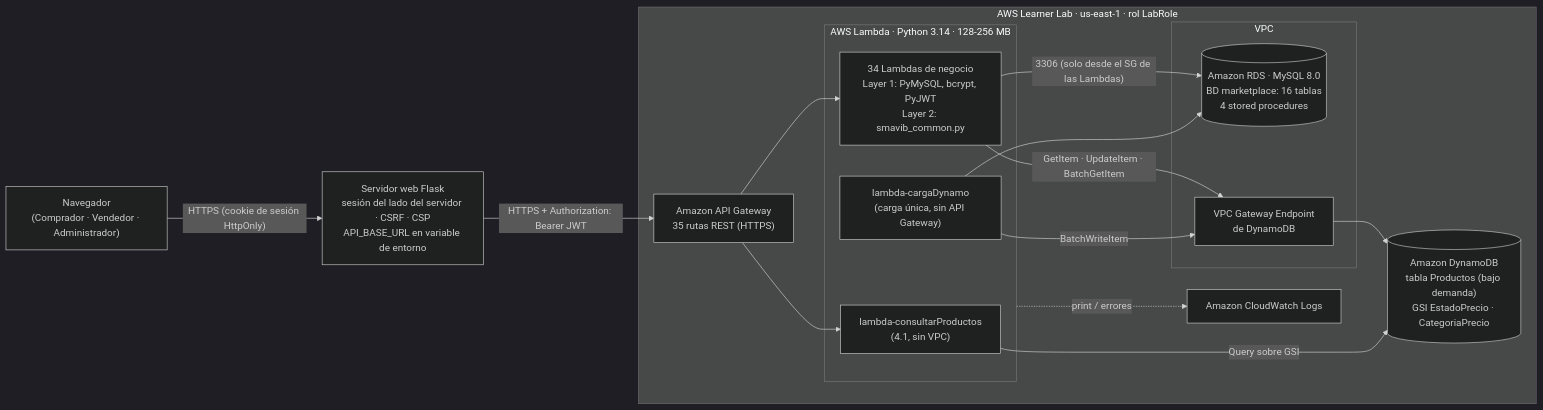
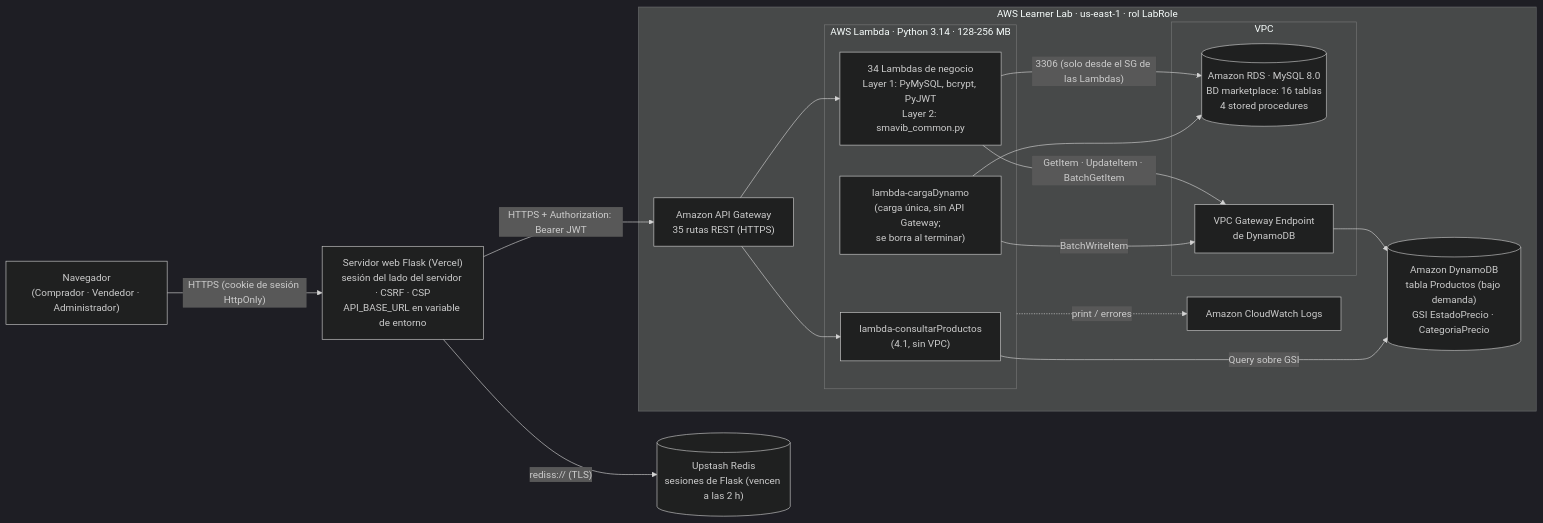
One commit to IanRT08/Optativa_1-Marketplace changed the first of 3 diagrams in docs/arquitectura.md. Above: the diagram before and after it, drawn with Mermaid (dark theme). The commit also changed other lines of this file and 8 other files, not shown here.

````diff
--- a/docs/arquitectura.md
+++ b/docs/arquitectura.md
@@ -11,31 +11,33 @@
 ```mermaid
 flowchart LR
     U["Navegador<br/>(Comprador · Vendedor · Administrador)"]
-    F["Servidor web Flask<br/>sesión del lado del servidor · CSRF · CSP<br/>API_BASE_URL en variable de entorno"]
+    F["Servidor web Flask (Vercel)<br/>sesión del lado del servidor · CSRF · CSP<br/>API_BASE_URL en variable de entorno"]
+    R[("Upstash Redis<br/>sesiones de Flask (vencen a las 2 h)")]
 
     subgraph AWS["AWS Learner Lab · us-east-1 · rol LabRole"]
         APIGW["Amazon API Gateway<br/>35 rutas REST (HTTPS)"]
         subgraph L["AWS Lambda · Python 3.14 · 128-256 MB"]
             LP["lambda-consultarProductos<br/>(4.1, sin VPC)"]
             LR["34 Lambdas de negocio<br/>Layer 1: PyMySQL, bcrypt, PyJWT<br/>Layer 2: smavib_common.py"]
-            LC["lambda-cargaDynamo<br/>(carga única, sin API Gateway)"]
+            LC["lambda-cargaDynamo<br/>(carga única, sin API Gateway;<br/>se borra al terminar)"]
         end
         subgraph VPC["VPC"]
             RDS[("Amazon RDS · MySQL 8.0<br/>BD marketplace: 16 tablas<br/>4 stored procedures")]
             EP["VPC Gateway Endpoint<br/>de DynamoDB"]
         end
         DDB[("Amazon DynamoDB<br/>tabla Productos (bajo demanda)<br/>GSI EstadoPrecio · CategoriaPrecio")]
         CW["Amazon CloudWatch Logs"]
     end
 
     U -- "HTTPS (cookie de sesión HttpOnly)" --> F
+    F -- "rediss:// (TLS)" --> R
     F -- "HTTPS + Authorization: Bearer JWT" --> APIGW
     APIGW --> LP
     APIGW --> LR
     LR -- "3306 (solo desde el SG de las Lambdas)" --> RDS
     LR -- "GetItem · UpdateItem · BatchGetItem" --> EP --> DDB
     LP -- "Query sobre GSI" --> DDB
     LC --> RDS
     LC -- "BatchWriteItem" --> EP
     L -. "print / errores" .-> CW
 ```
````
